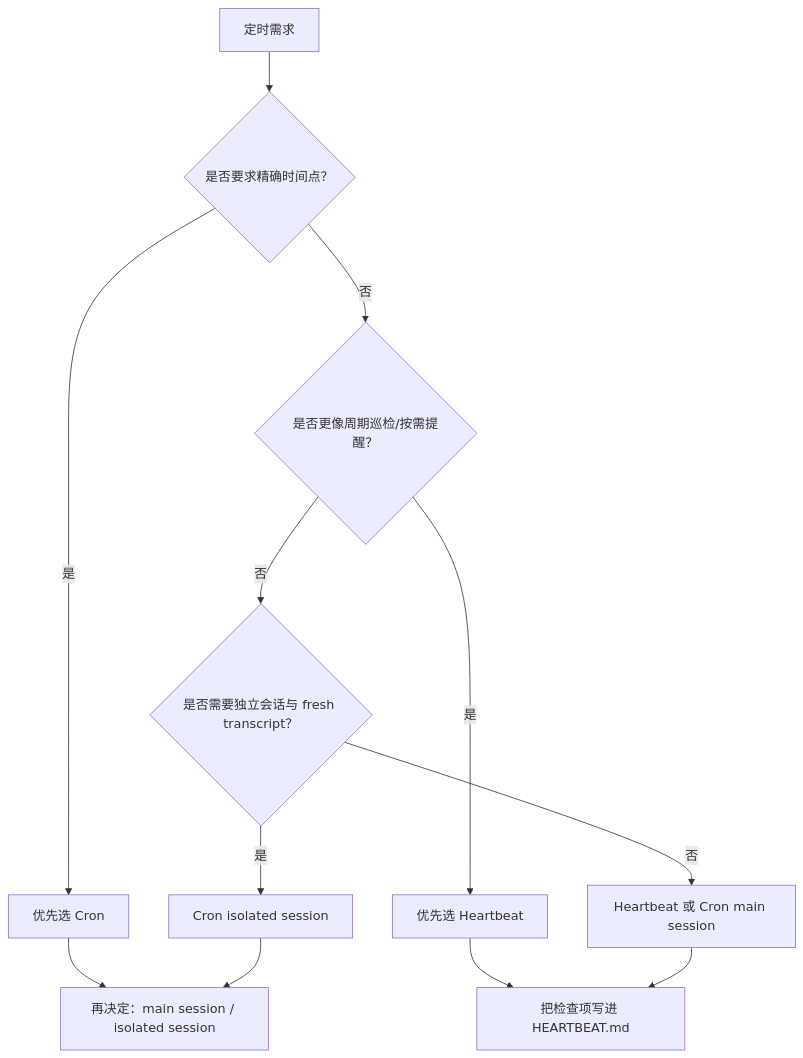
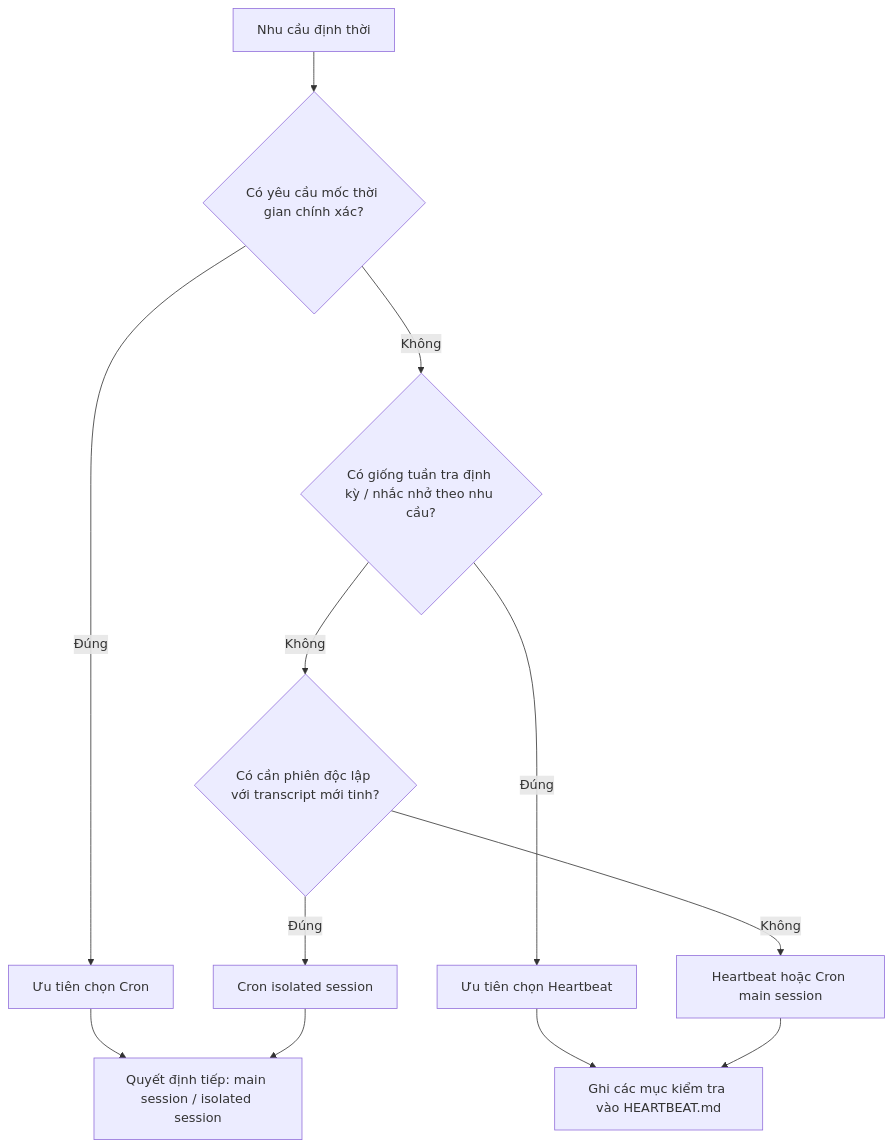
One commit to dino-edu/openclaw_guide changed the diagram in 08_automation_ops/8.2_cron_jobs.md. Above: the diagram before and after it, drawn with Mermaid. The commit also changed other lines of this file and 24 other files, not shown here.

````diff
--- a/08_automation_ops/8.2_cron_jobs.md
+++ b/08_automation_ops/8.2_cron_jobs.md
@@ -19,15 +17,15 @@
 ```mermaid
 flowchart TD
-  S["定时需求"] --> Q1{"是否要求精确时间点？"}
-  Q1 -->|"是"| C["优先选 Cron"]
-  Q1 -->|"否"| Q2{"是否更像周期巡检/按需提醒？"}
-  Q2 -->|"是"| H["优先选 Heartbeat"]
-  Q2 -->|"否"| Q3{"是否需要独立会话与 fresh transcript？"}
-  Q3 -->|"是"| CI["Cron isolated session"]
-  Q3 -->|"否"| HM["Heartbeat 或 Cron main session"]
+  S["Nhu cầu định thời"] --> Q1{"Có yêu cầu mốc thời gian chính xác?"}
+  Q1 -->|"Đúng"| C["Ưu tiên chọn Cron"]
+  Q1 -->|"Không"| Q2{"Có giống tuần tra định kỳ / nhắc nhở theo nhu cầu?"}
+  Q2 -->|"Đúng"| H["Ưu tiên chọn Heartbeat"]
+  Q2 -->|"Không"| Q3{"Có cần phiên độc lập với transcript mới tinh?"}
+  Q3 -->|"Đúng"| CI["Cron isolated session"]
+  Q3 -->|"Không"| HM["Heartbeat hoặc Cron main session"]
 
-  C --> V["再决定：main session / isolated session"]
-  H --> V2["把检查项写进 HEARTBEAT.md"]
+  C --> V["Quyết định tiếp: main session / isolated session"]
+  H --> V2["Ghi các mục kiểm tra vào HEARTBEAT.md"]
   CI --> V
   HM --> V2
 ```
````
